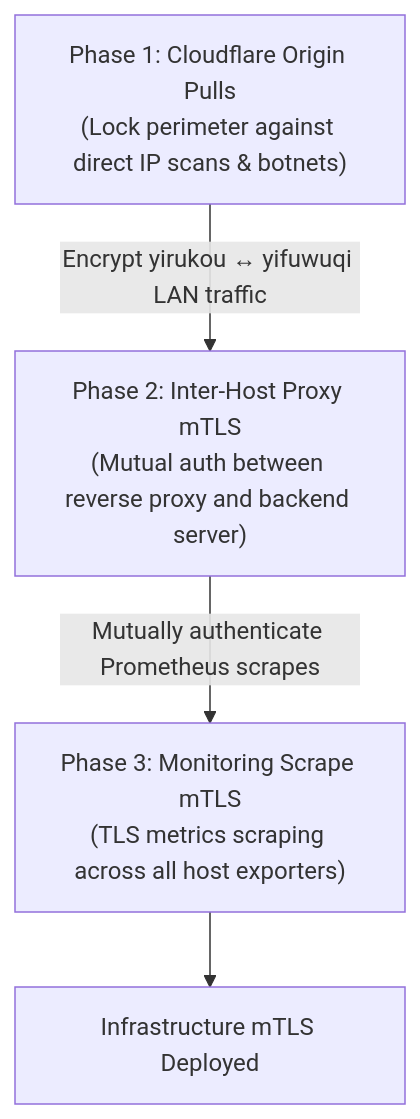
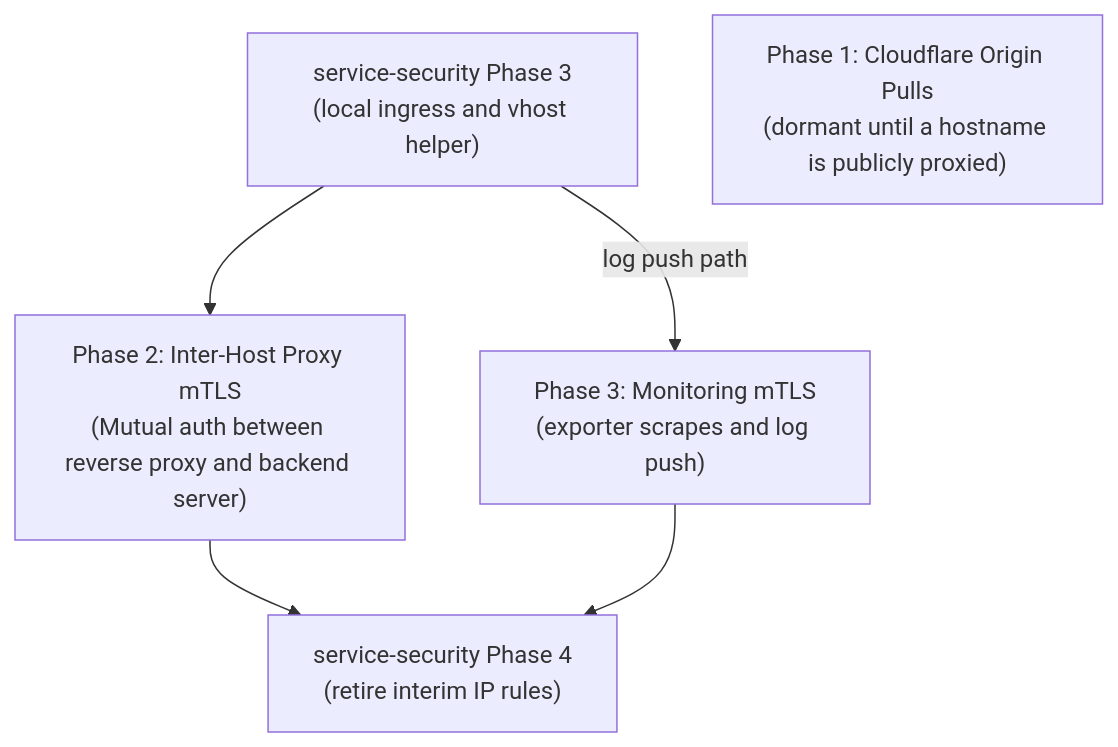
Before and after one commit to categoricalcat/nixos: the second of 2 diagrams in docs/src/plans/mtls-architecture-plan.md, drawn with Mermaid. The commit also changed other lines of this file and 10 other files, not shown here.

First line of the commit message:
Drop finished plans and split the remaining architecture work so each plan owns one concern.

````diff
--- a/docs/src/plans/mtls-architecture-plan.md
+++ b/docs/src/plans/mtls-architecture-plan.md
@@ -318,11 +351,13 @@
 ```mermaid
 flowchart TD
-    P1["Phase 1: Cloudflare Origin Pulls<br/>(Lock perimeter against direct IP scans & botnets)"]
+    SEC3["service-security Phase 3<br/>(local ingress and vhost helper)"]
+    P1["Phase 1: Cloudflare Origin Pulls<br/>(dormant until a hostname is publicly proxied)"]
     P2["Phase 2: Inter-Host Proxy mTLS<br/>(Mutual auth between reverse proxy and backend server)"]
-    P3["Phase 3: Monitoring Scrape mTLS<br/>(TLS metrics scraping across all host exporters)"]
-    Done["Infrastructure mTLS Deployed"]
+    P3["Phase 3: Monitoring mTLS<br/>(exporter scrapes and log push)"]
+    Retire["service-security Phase 4<br/>(retire interim IP rules)"]
 
-    P1 -->|Encrypt yirukou ↔ yifuwuqi LAN traffic| P2
-    P2 -->|Mutually authenticate Prometheus scrapes| P3
-    P3 --> Done
+    SEC3 --> P2
+    SEC3 -->|log push path| P3
+    P2 --> Retire
+    P3 --> Retire
 ```
````
